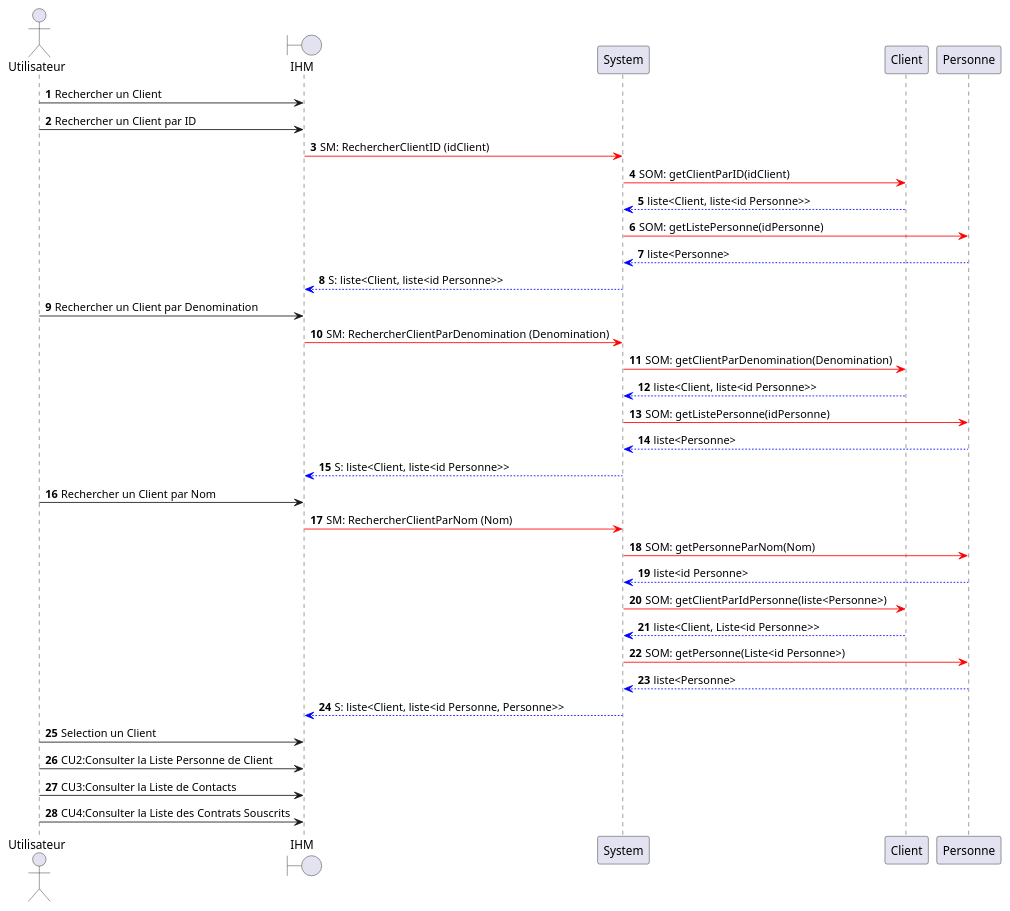
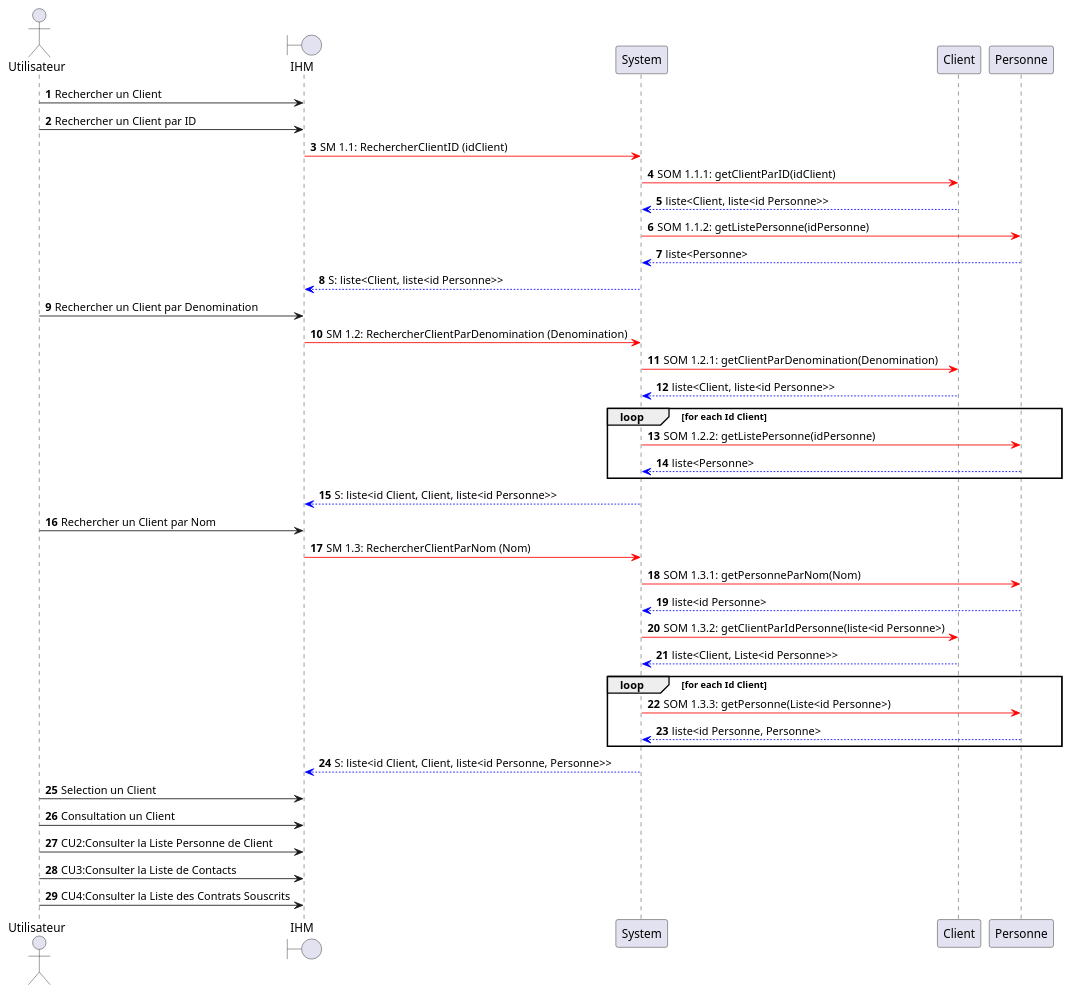
The diagram in src/documentation/CU1-DSD.puml (HZjiadong/PLD-MARS), drawn with PlantUML before and after one commit.

Commit message:
update(CU1-DSD): ajoute des numero SM

```diff
--- a/src/documentation/CU1-DSD.puml
+++ b/src/documentation/CU1-DSD.puml
@@ -1,49 +1,52 @@
 @startuml
 actor Utilisateur as U
 boundary IHM as I
 participant System as S
 participant Client as C
 participant Personne as P
 
 autonumber
 
 U->I: Rechercher un Client
 
 U->I: Rechercher un Client par ID
-    I-[#red]>S: SM: RechercherClientID (idClient)
-        S-[#red]>C: SOM: getClientParID(idClient)
+    I-[#red]>S: SM 1.1: RechercherClientID (idClient)
+        S-[#red]>C: SOM 1.1.1: getClientParID(idClient)
         C-[#0000FF]->S: liste<Client, liste<id Personne>>
 
-        S-[#red]>P: SOM: getListePersonne(idPersonne)
+        S-[#red]>P: SOM 1.1.2: getListePersonne(idPersonne)
         P-[#0000FF]->S: liste<Personne>
     S-[#0000FF]->I: S: liste<Client, liste<id Personne>>
 
 U->I: Rechercher un Client par Denomination
-    I-[#red]>S: SM: RechercherClientParDenomination (Denomination)
-         S-[#red]>C: SOM: getClientParDenomination(Denomination)
-         C-[#0000FF]->S: liste<Client, liste<id Personne>>
-
-         S-[#red]>P: SOM: getListePersonne(idPersonne)
-         P-[#0000FF]->S: liste<Personne>
-    S-[#0000FF]->I: S: liste<Client, liste<id Personne>>
+    I-[#red]>S: SM 1.2: RechercherClientParDenomination (Denomination)
+        S-[#red]>C: SOM 1.2.1: getClientParDenomination(Denomination)
+        C-[#0000FF]->S: liste<Client, liste<id Personne>>
+        loop for each Id Client
+        S-[#red]>P: SOM 1.2.2: getListePersonne(idPersonne)
+        P-[#0000FF]->S: liste<Personne>
+        end
+    S-[#0000FF]->I: S: liste<id Client, Client, liste<id Personne>>
 
 U->I: Rechercher un Client par Nom
-    I-[#red]>S: SM: RechercherClientParNom (Nom)
-         S-[#red]>P: SOM: getPersonneParNom(Nom)
-         P-[#0000FF]->S: liste<id Personne>
+    I-[#red]>S: SM 1.3: RechercherClientParNom (Nom)
+        S-[#red]>P: SOM 1.3.1: getPersonneParNom(Nom)
+        P-[#0000FF]->S: liste<id Personne>
 
-         S-[#red]>C: SOM: getClientParIdPersonne(liste<Personne>)
-         C-[#0000FF]->S: liste<Client, Liste<id Personne>>
-
-         S-[#red]>P: SOM: getPersonne(Liste<id Personne>)
-         P-[#0000FF]->S: liste<Personne>
-    S-[#0000FF]->I: S: liste<Client, liste<id Personne, Personne>>
+        S-[#red]>C: SOM 1.3.2: getClientParIdPersonne(liste<id Personne>)
+        C-[#0000FF]->S: liste<Client, Liste<id Personne>>
+        loop for each Id Client
+        S-[#red]>P: SOM 1.3.3: getPersonne(Liste<id Personne>)
+        P-[#0000FF]->S: liste<id Personne, Personne>
+        end
+    S-[#0000FF]->I: S: liste<id Client, Client, liste<id Personne, Personne>>
 
 U->I: Selection un Client
+U->I: Consultation un Client
 
 U->I: CU2:Consulter la Liste Personne de Client
 U->I: CU3:Consulter la Liste de Contacts
 U->I: CU4:Consulter la Liste des Contrats Souscrits
 
 
 @enduml
```
